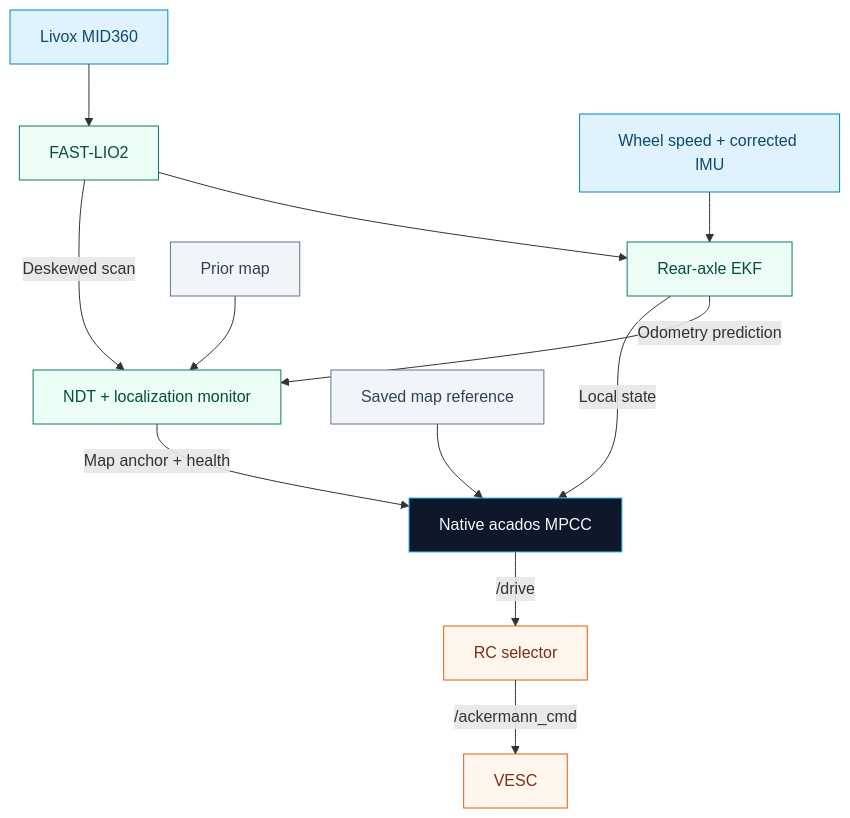
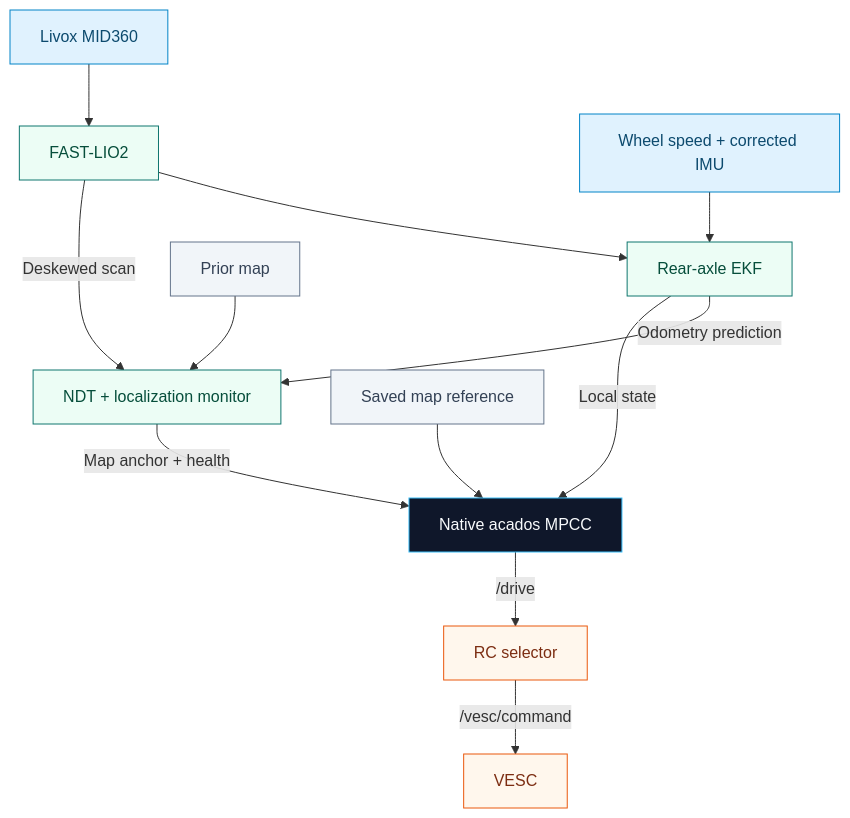
Before and after one commit to EleSheep-moving/AIMSRacer: the diagram in README.md, drawn with Mermaid. The commit also changed other lines of this file and 40 other files, not shown here.

```diff
--- a/README.md
+++ b/README.md
@@ -36,24 +36,24 @@
 ~~~mermaid
 flowchart TB
     L["Livox MID360"] --> F["FAST-LIO2"]
     F --> E["Rear-axle EKF"]
     W["Wheel speed + corrected IMU"] --> E
     F -- "Deskewed scan" --> N["NDT + localization monitor"]
     E -- "Odometry prediction" --> N
     P["Prior map"] --> N
     E -- "Local state" --> C["Native acados MPCC"]
     N -- "Map anchor + health" --> C
     R["Saved map reference"] --> C
     C -- "/drive" --> S["RC selector"]
-    S -- "/ackermann_cmd" --> V["VESC"]
+    S -- "/vesc/command" --> V["VESC"]
     classDef sensor fill:#e0f2fe,stroke:#0284c7,color:#0c4a6e;
     classDef estimation fill:#ecfdf5,stroke:#0f766e,color:#064e3b;
     classDef controller fill:#0f172a,stroke:#38bdf8,color:#f8fafc;
     classDef actuator fill:#fff7ed,stroke:#ea580c,color:#7c2d12;
     classDef data fill:#f1f5f9,stroke:#64748b,color:#334155;
     class L,W sensor;
     class F,E,N estimation;
     class C controller;
     class S,V actuator;
     class P,R data;
 ~~~
```
